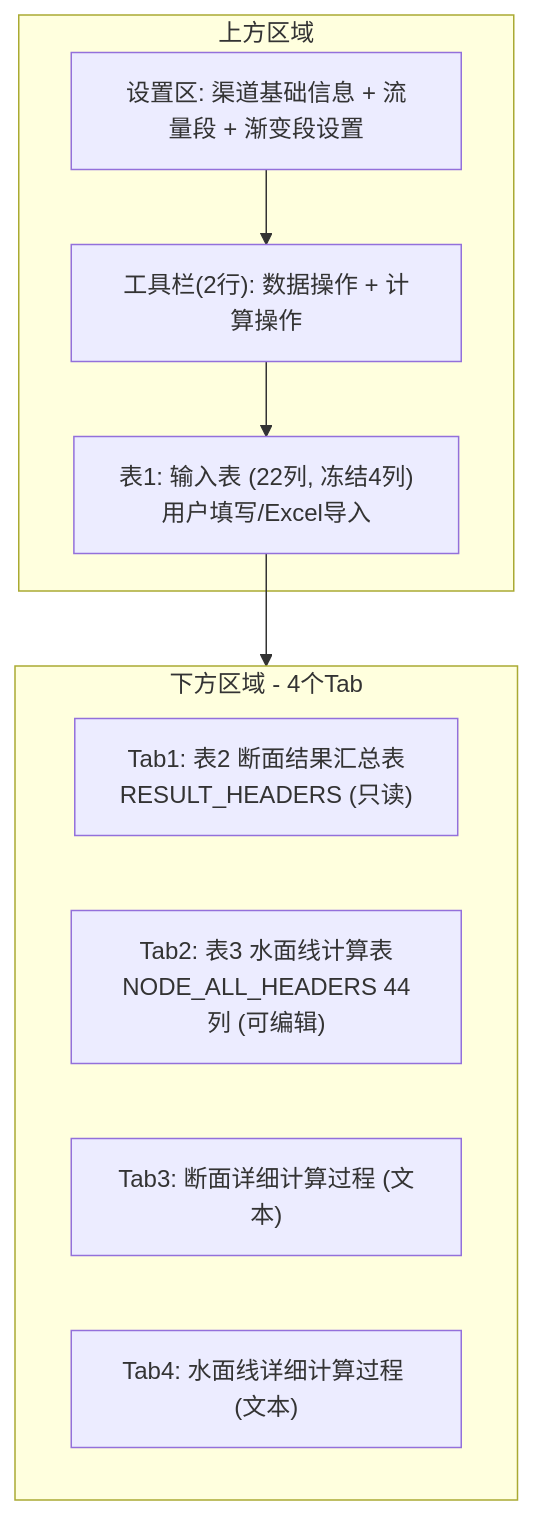
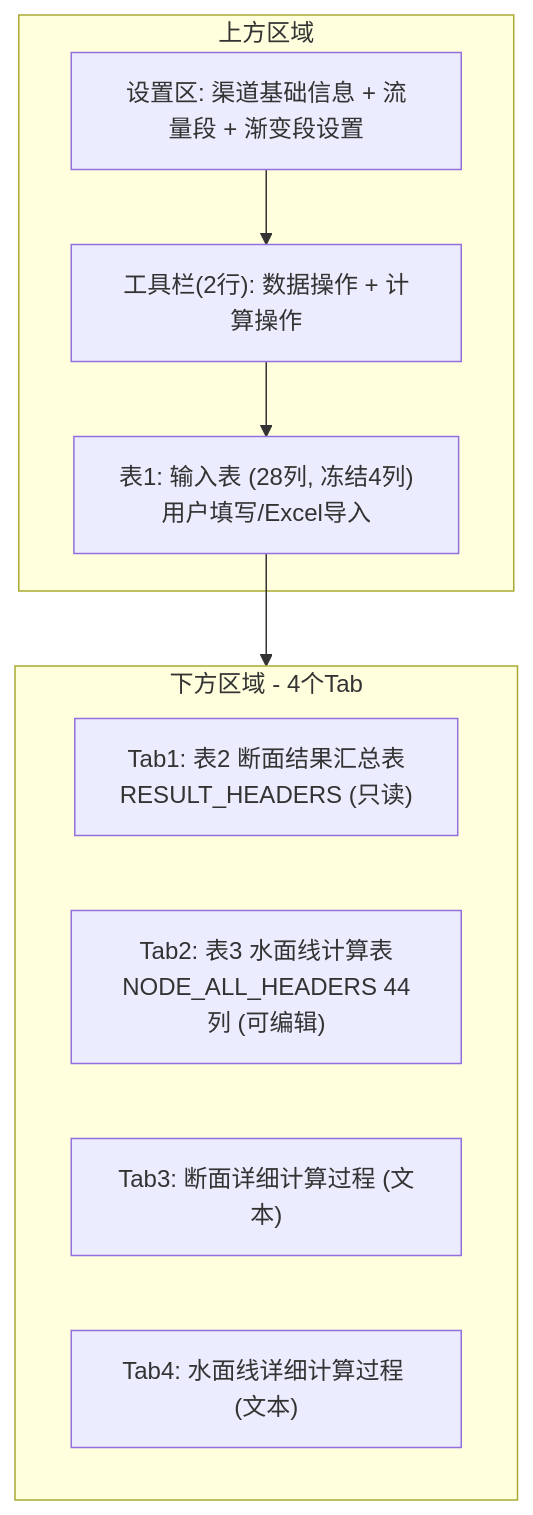
The first of 3 diagrams in docs/PRD_合并批量计算与水面线面板.md (lsj19940827-eng/V1.0), drawn with Mermaid before and after one commit. The commit also changed other lines of this file and 21 other files, not shown here.

````diff
--- a/docs/PRD_合并批量计算与水面线面板.md
+++ b/docs/PRD_合并批量计算与水面线面板.md
@@ -20,15 +20,15 @@
 ```mermaid
 flowchart TB
     subgraph topArea [上方区域]
         settings["设置区: 渠道基础信息 + 流量段 + 渐变段设置"]
         toolbar["工具栏(2行): 数据操作 + 计算操作"]
-        T1["表1: 输入表 (22列, 冻结4列)\n用户填写/Excel导入"]
+        T1["表1: 输入表 (28列, 冻结4列)\n用户填写/Excel导入"]
     end
     subgraph bottomArea [下方区域 - 4个Tab]
         Tab1["Tab1: 表2 断面结果汇总表\nRESULT_HEADERS (只读)"]
         Tab2["Tab2: 表3 水面线计算表\nNODE_ALL_HEADERS 44列 (可编辑)"]
         Tab3["Tab3: 断面详细计算过程 (文本)"]
         Tab4["Tab4: 水面线详细计算过程 (文本)"]
     end
     settings --> toolbar --> T1 --> bottomArea
 ```
````
